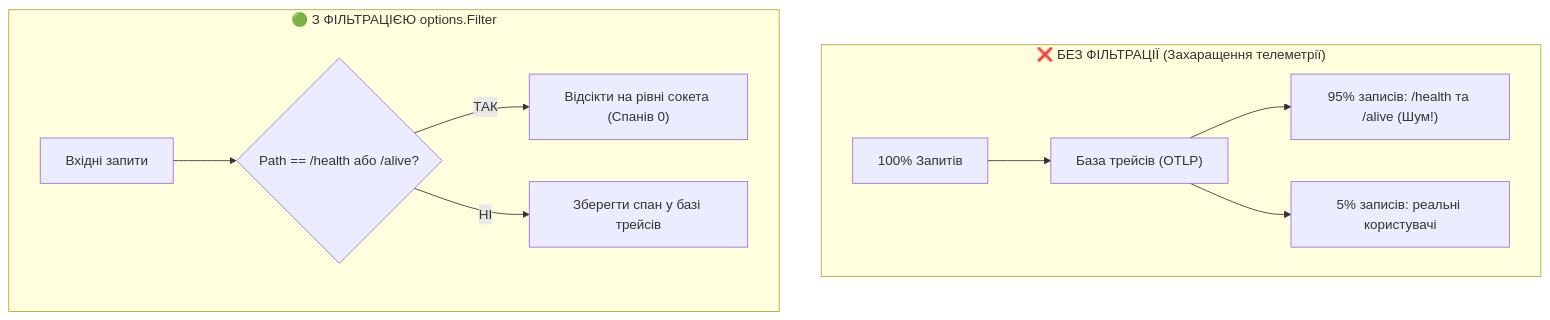
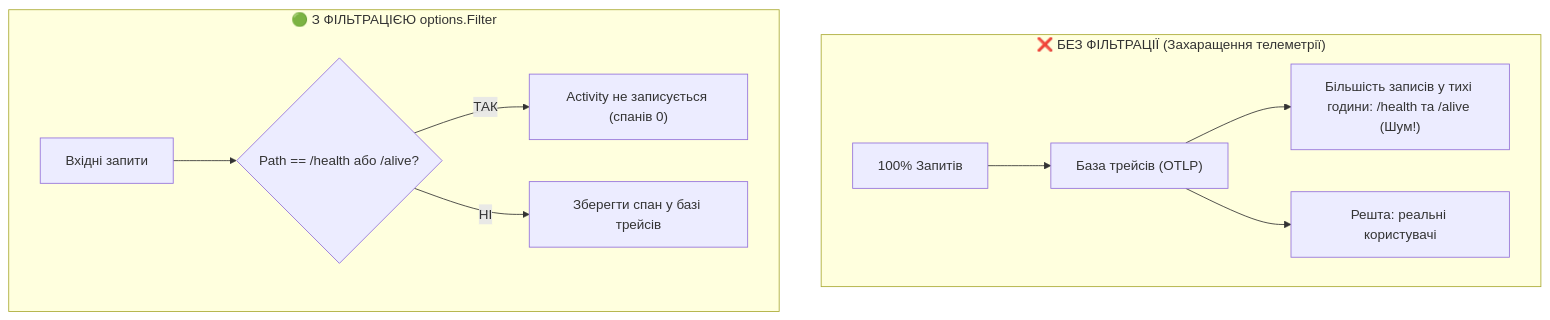
One commit to MrTomkaYurii/Demo-CargoDeliveryService changed the third of 4 diagrams in 02-Microservices-Craftsman/02-01-Aspire-Documentation/02_ServiceDefaults_Architecture_And_Parameters.md. Above: the diagram before and after it, drawn with Mermaid. The commit also changed other lines of this file and 227 other files, not shown here.

````diff
--- a/02-Microservices-Craftsman/02-01-Aspire-Documentation/02_ServiceDefaults_Architecture_And_Parameters.md
+++ b/02-Microservices-Craftsman/02-01-Aspire-Documentation/02_ServiceDefaults_Architecture_And_Parameters.md
@@ -219,14 +260,14 @@
 ```mermaid
 flowchart TD
     subgraph WithoutFilter ["❌ БЕЗ ФІЛЬТРАЦІЇ (Захаращення телеметрії)"]
         AllReq["100% Запитів"] --> TraceDB["База трейсів (OTLP)"]
-        TraceDB --> Noise["95% записів: /health та /alive (Шум!)"]
-        TraceDB --> Real["5% записів: реальні користувачі"]
+        TraceDB --> Noise["Більшість записів у тихі години: /health та /alive (Шум!)"]
+        TraceDB --> Real["Решта: реальні користувачі"]
     end
 
     subgraph WithFilter ["🟢 З ФІЛЬТРАЦІЄЮ options.Filter"]
         FilterReq["Вхідні запити"] --> Check{"Path == /health або /alive?"}
-        Check -->|ТАК| Drop["Відсікти на рівні сокета (Спанів 0)"]
+        Check -->|ТАК| Drop["Activity не записується (спанів 0)"]
         Check -->|НІ| Save["Зберегти спан у базі трейсів"]
     end
 ```
````
